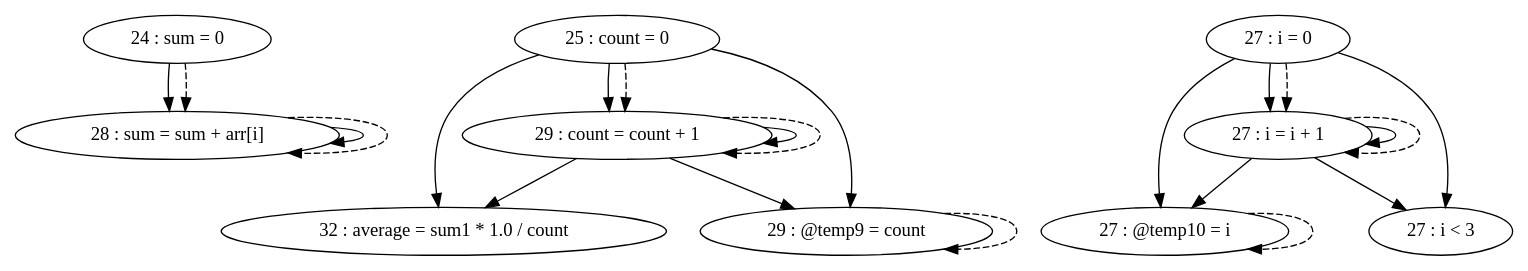
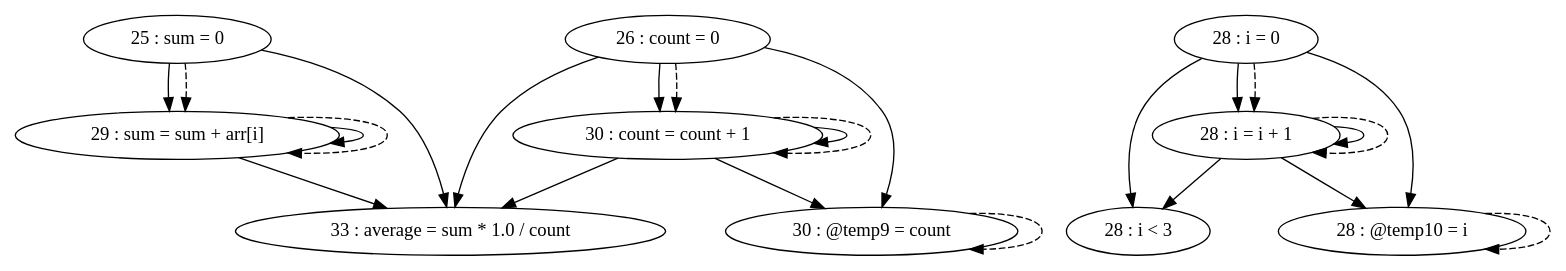
The diagram in pdg/source/testFiles/TestCases/TestCase3/TestCase3-test2.gv (thomassimko/thesis-code-duplication), drawn with Graphviz before and after one commit. The commit also changed 107 other files, not shown here.

```diff
--- a/pdg/source/testFiles/TestCases/TestCase3/TestCase3-test2.gv
+++ b/pdg/source/testFiles/TestCases/TestCase3/TestCase3-test2.gv
@@ -1,34 +1,36 @@
 digraph G {
-"24 : sum = 0"
-"24 : sum = 0" -> "28 : sum = sum + arr[i]"
-"24 : sum = 0" -> "28 : sum = sum + arr[i]" [style=dashed]
-"25 : count = 0"
-"25 : count = 0" -> "29 : count = count + 1"
-"25 : count = 0" -> "32 : average = sum1 * 1.0 / count"
-"25 : count = 0" -> "29 : @temp9 = count"
-"25 : count = 0" -> "29 : count = count + 1" [style=dashed]
-"27 : i = 0"
-"27 : i = 0" -> "27 : i = i + 1"
-"27 : i = 0" -> "27 : @temp10 = i"
-"27 : i = 0" -> "27 : i < 3"
-"27 : i = 0" -> "27 : i = i + 1" [style=dashed]
-"27 : i < 3"
-"28 : sum = sum + arr[i]"
-"28 : sum = sum + arr[i]" -> "28 : sum = sum + arr[i]"
-"28 : sum = sum + arr[i]" -> "28 : sum = sum + arr[i]" [style=dashed]
-"29 : @temp9 = count"
-"29 : @temp9 = count" -> "29 : @temp9 = count" [style=dashed]
-"29 : count = count + 1"
-"29 : count = count + 1" -> "29 : count = count + 1"
-"29 : count = count + 1" -> "32 : average = sum1 * 1.0 / count"
-"29 : count = count + 1" -> "29 : @temp9 = count"
-"29 : count = count + 1" -> "29 : count = count + 1" [style=dashed]
-"27 : @temp10 = i"
-"27 : @temp10 = i" -> "27 : @temp10 = i" [style=dashed]
-"27 : i = i + 1"
-"27 : i = i + 1" -> "27 : i = i + 1"
-"27 : i = i + 1" -> "27 : @temp10 = i"
-"27 : i = i + 1" -> "27 : i < 3"
-"27 : i = i + 1" -> "27 : i = i + 1" [style=dashed]
-"32 : average = sum1 * 1.0 / count"
+"25 : sum = 0"
+"25 : sum = 0" -> "29 : sum = sum + arr[i]"
+"25 : sum = 0" -> "33 : average = sum * 1.0 / count"
+"25 : sum = 0" -> "29 : sum = sum + arr[i]" [style=dashed]
+"26 : count = 0"
+"26 : count = 0" -> "30 : @temp9 = count"
+"26 : count = 0" -> "33 : average = sum * 1.0 / count"
+"26 : count = 0" -> "30 : count = count + 1"
+"26 : count = 0" -> "30 : count = count + 1" [style=dashed]
+"28 : i = 0"
+"28 : i = 0" -> "28 : i < 3"
+"28 : i = 0" -> "28 : @temp10 = i"
+"28 : i = 0" -> "28 : i = i + 1"
+"28 : i = 0" -> "28 : i = i + 1" [style=dashed]
+"28 : i < 3"
+"29 : sum = sum + arr[i]"
+"29 : sum = sum + arr[i]" -> "29 : sum = sum + arr[i]"
+"29 : sum = sum + arr[i]" -> "33 : average = sum * 1.0 / count"
+"29 : sum = sum + arr[i]" -> "29 : sum = sum + arr[i]" [style=dashed]
+"30 : @temp9 = count"
+"30 : @temp9 = count" -> "30 : @temp9 = count" [style=dashed]
+"30 : count = count + 1"
+"30 : count = count + 1" -> "30 : @temp9 = count"
+"30 : count = count + 1" -> "33 : average = sum * 1.0 / count"
+"30 : count = count + 1" -> "30 : count = count + 1"
+"30 : count = count + 1" -> "30 : count = count + 1" [style=dashed]
+"28 : @temp10 = i"
+"28 : @temp10 = i" -> "28 : @temp10 = i" [style=dashed]
+"28 : i = i + 1"
+"28 : i = i + 1" -> "28 : i < 3"
+"28 : i = i + 1" -> "28 : @temp10 = i"
+"28 : i = i + 1" -> "28 : i = i + 1"
+"28 : i = i + 1" -> "28 : i = i + 1" [style=dashed]
+"33 : average = sum * 1.0 / count"
 }
```
